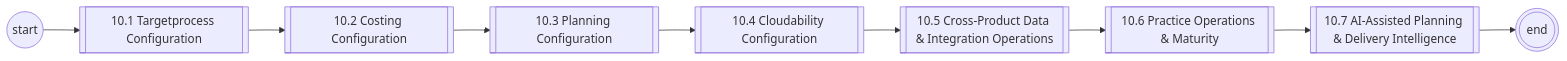
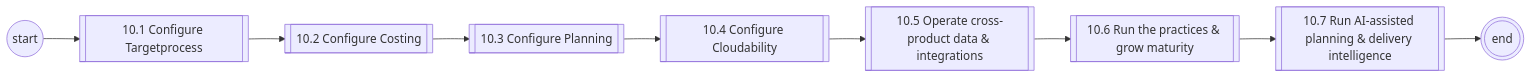
Before and after one commit to corbyjames/apptio-process-catalog: the first of 8 diagrams in diagrams/mermaid/area-10.md, drawn with Mermaid. The commit also changed other lines of this file and 251 other files, not shown here.

````diff
--- a/diagrams/mermaid/area-10.md
+++ b/diagrams/mermaid/area-10.md
@@ -7,19 +7,19 @@
 ```mermaid
 flowchart LR
   S((start))
-  N10_1[["10.1 Targetprocess Configuration"]]
+  N10_1[["10.1 Configure Targetprocess"]]
   S --> N10_1
-  N10_2[["10.2 Costing Configuration"]]
+  N10_2[["10.2 Configure Costing"]]
   N10_1 --> N10_2
-  N10_3[["10.3 Planning Configuration"]]
+  N10_3[["10.3 Configure Planning"]]
   N10_2 --> N10_3
-  N10_4[["10.4 Cloudability Configuration"]]
+  N10_4[["10.4 Configure Cloudability"]]
   N10_3 --> N10_4
-  N10_5[["10.5 Cross-Product Data & Integration Operations"]]
+  N10_5[["10.5 Operate cross-product data & integrations"]]
   N10_4 --> N10_5
-  N10_6[["10.6 Practice Operations & Maturity"]]
+  N10_6[["10.6 Run the practices & grow maturity"]]
   N10_5 --> N10_6
-  N10_7[["10.7 AI-Assisted Planning & Delivery Intelligence"]]
+  N10_7[["10.7 Run AI-assisted planning & delivery intelligence"]]
   N10_6 --> N10_7
   N10_7 --> E(((end)))
 ```
````
